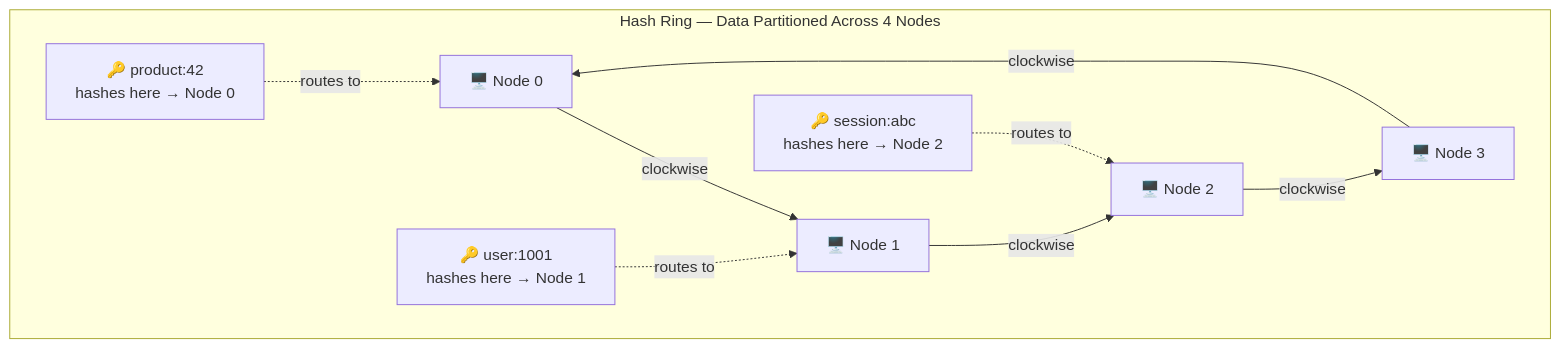
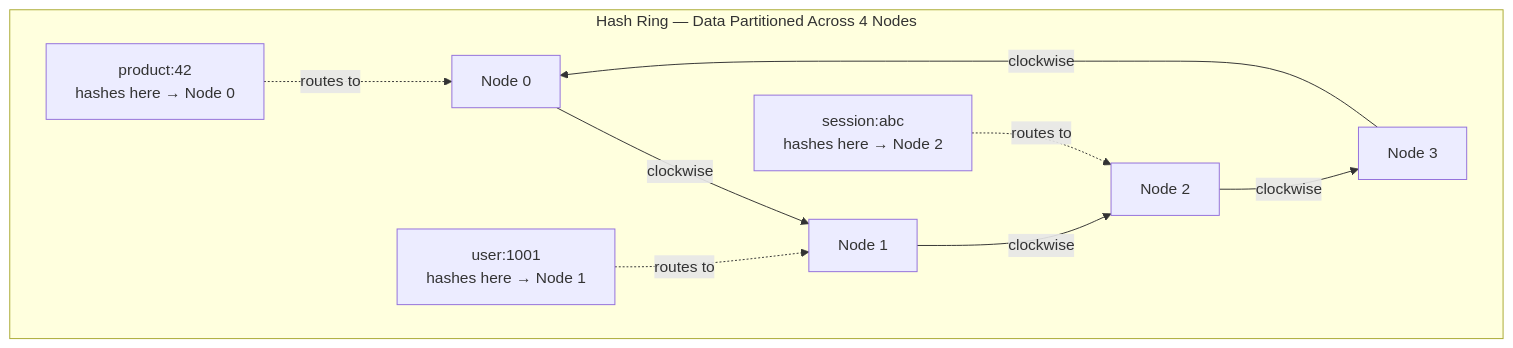
The fourth of 22 diagrams in content/posts/2026/design-a-key-value-store.md (devops-monk/system-design-blog), drawn with Mermaid before and after one commit. The commit also changed other lines of this file and 5 other files, not shown here.

````diff
--- a/content/posts/2026/design-a-key-value-store.md
+++ b/content/posts/2026/design-a-key-value-store.md
@@ -154,22 +157,22 @@
 ```mermaid
 graph LR
     subgraph RING["Hash Ring — Data Partitioned Across 4 Nodes"]
         direction LR
-        N0["🖥️ Node 0"]
-        N1["🖥️ Node 1"]
-        N2["🖥️ Node 2"]
-        N3["🖥️ Node 3"]
-        K_USER["🔑 user:1001\nhashes here → Node 1"]
-        K_SESS["🔑 session:abc\nhashes here → Node 2"]
-        K_PROD["🔑 product:42\nhashes here → Node 0"]
+        N0["Node 0"]
+        N1["Node 1"]
+        N2["Node 2"]
+        N3["Node 3"]
+        K_USER["user:1001\nhashes here → Node 1"]
+        K_SESS["session:abc\nhashes here → Node 2"]
+        K_PROD["product:42\nhashes here → Node 0"]
 
         N3 -->|"clockwise"| N0
         N0 -->|"clockwise"| N1
         N1 -->|"clockwise"| N2
         N2 -->|"clockwise"| N3
 
         K_USER -.->|"routes to"| N1
         K_SESS -.->|"routes to"| N2
         K_PROD -.->|"routes to"| N0
     end
 ```
````
